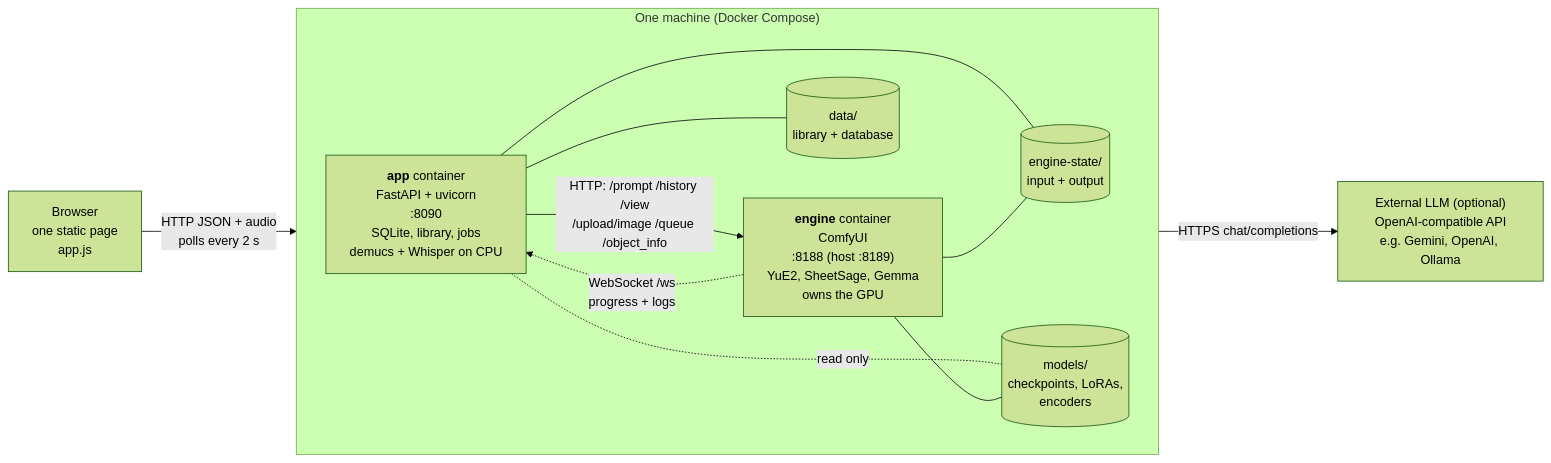
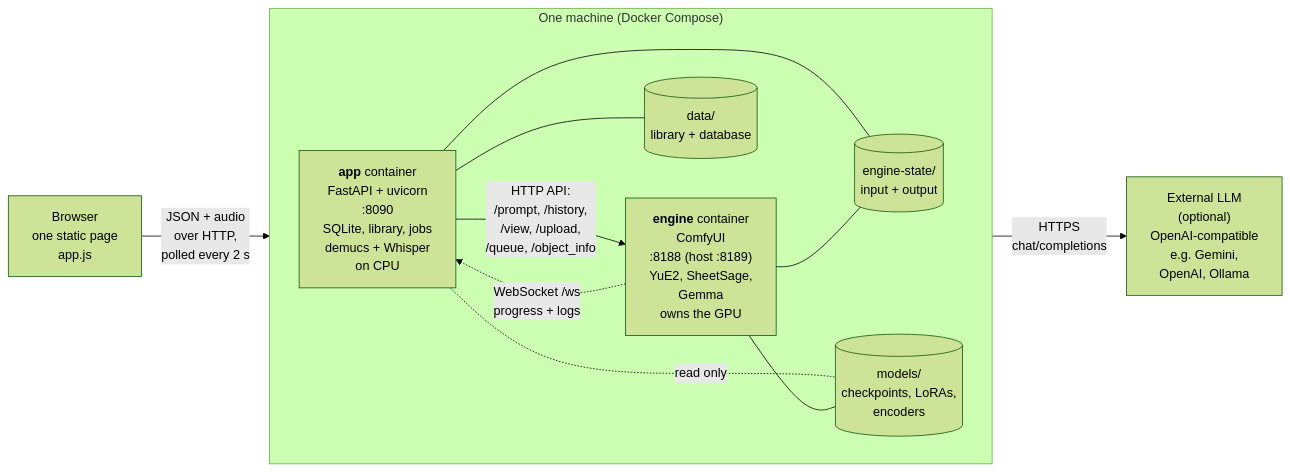
Before and after one commit to dynamohum/YuE2gen-studio: the first of 8 diagrams in docs/ARCHITECTURE.md, drawn with Mermaid (forest theme). The commit also changed other lines of this file, not shown here.

First line of the commit message:
ARCHITECTURE diagrams: shorter label lines, so GitHub does not clip them

````diff
--- a/docs/ARCHITECTURE.md
+++ b/docs/ARCHITECTURE.md
@@ -23,23 +23,23 @@
 ```mermaid
 flowchart LR
     B["Browser<br/>one static page<br/>app.js"]
     subgraph Host["One machine (Docker Compose)"]
         direction LR
-        A["<b>app</b> container<br/>FastAPI + uvicorn<br/>:8090<br/>SQLite, library, jobs<br/>demucs + Whisper on CPU"]
-        E["<b>engine</b> container<br/>ComfyUI<br/>:8188 (host :8189)<br/>YuE2, SheetSage, Gemma<br/>owns the GPU"]
+        A["<b>app</b> container<br/>FastAPI + uvicorn<br/>:8090<br/>SQLite, library, jobs<br/>demucs + Whisper<br/>on CPU"]
+        E["<b>engine</b> container<br/>ComfyUI<br/>:8188 (host :8189)<br/>YuE2, SheetSage,<br/>Gemma<br/>owns the GPU"]
         D[("data/<br/>library + database")]
         M[("models/<br/>checkpoints, LoRAs,<br/>encoders")]
         S[("engine-state/<br/>input + output")]
     end
-    L["External LLM (optional)<br/>OpenAI-compatible API<br/>e.g. Gemini, OpenAI, Ollama"]
+    L["External LLM<br/>(optional)<br/>OpenAI-compatible<br/>e.g. Gemini,<br/>OpenAI, Ollama"]
 
-    B -- "HTTP JSON + audio<br/>polls every 2 s" --> A
-    A -- "HTTP: /prompt /history /view<br/>/upload/image /queue /object_info" --> E
+    B -- "JSON + audio<br/>over HTTP,<br/>polled every 2 s" --> A
+    A -- "HTTP API:<br/>/prompt, /history,<br/>/view, /upload,<br/>/queue, /object_info" --> E
     E -. "WebSocket /ws<br/>progress + logs" .-> A
-    A -- "HTTPS chat/completions" --> L
+    A -- "HTTPS<br/>chat/completions" --> L
     A --- D
     A --- S
     E --- S
     A -. "read only" .- M
     E --- M
 ```
````
